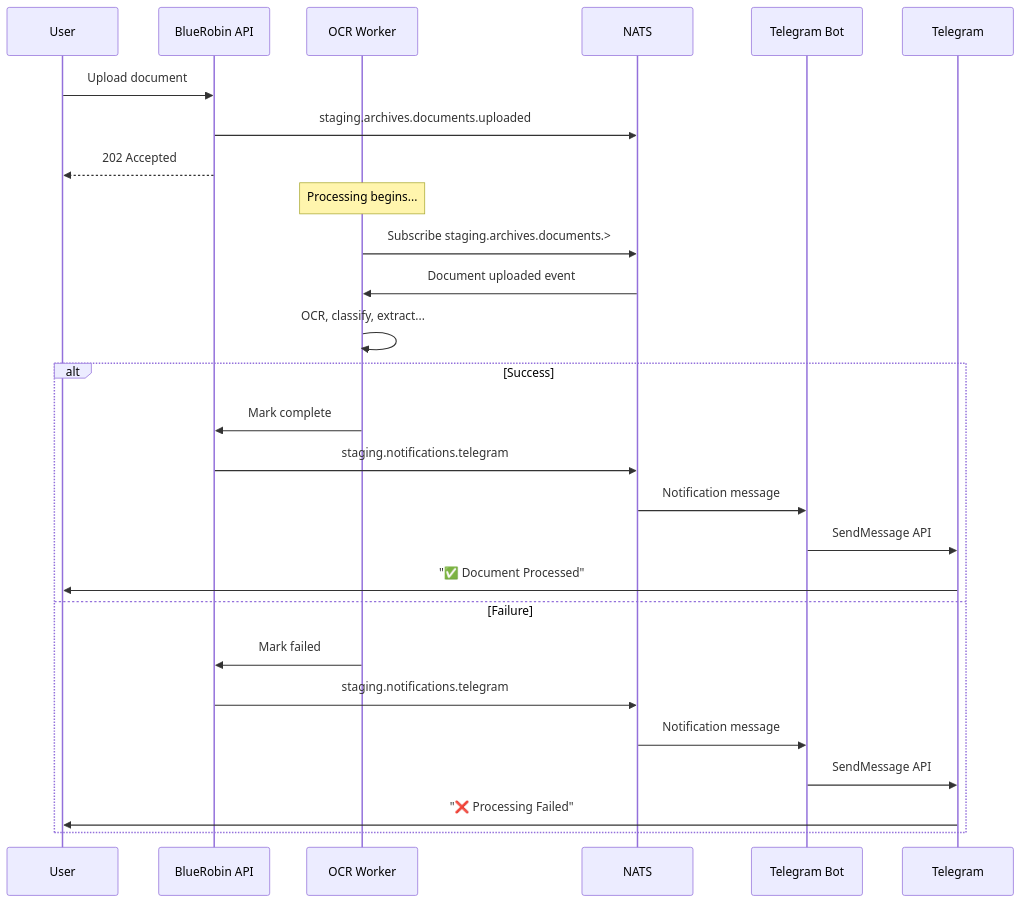
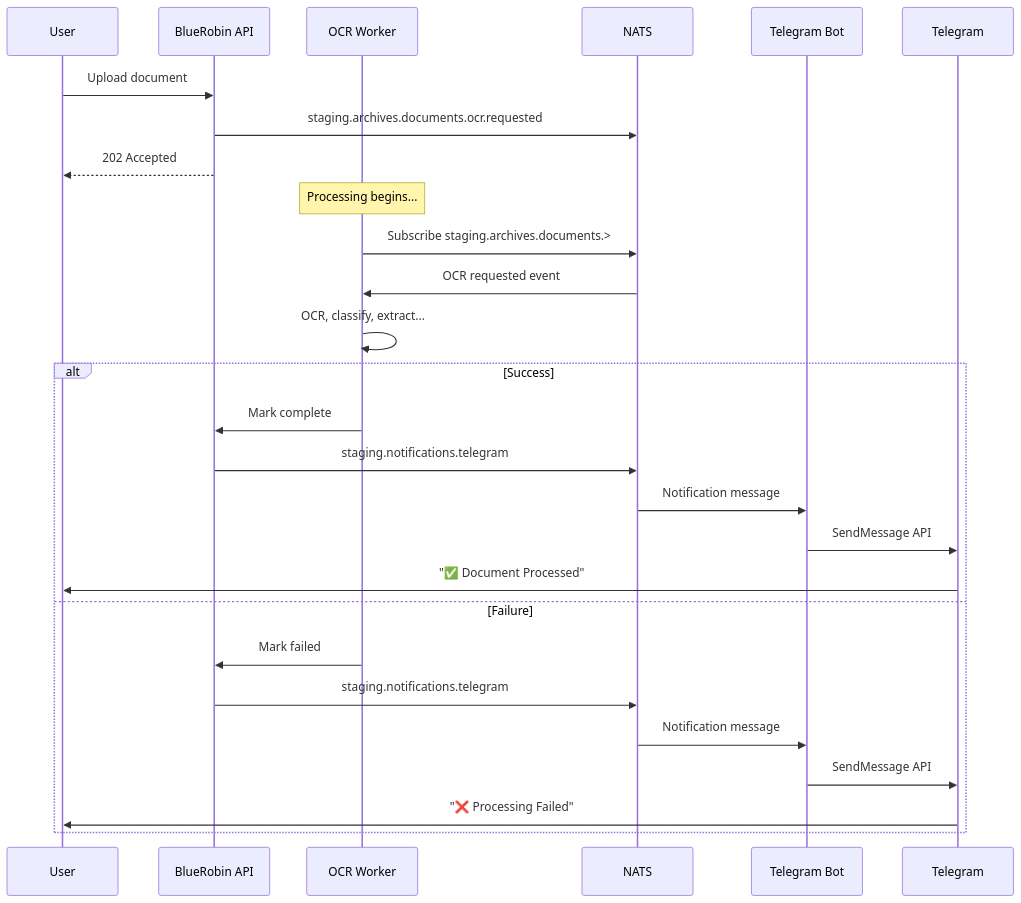
Before and after one commit to viktorrobin/bluerobin-blog: the second of 2 diagrams in src/content/blog/telegram-nats-notification-flow.mdx, drawn with Mermaid. The commit also changed other lines of this file and 8 other files, not shown here.

Commit message:
docs: rename uploaded event references to ocr requested

````diff
--- a/src/content/blog/telegram-nats-notification-flow.mdx
+++ b/src/content/blog/telegram-nats-notification-flow.mdx
@@ -460,32 +460,32 @@
 ```mermaid
 sequenceDiagram
     participant User
     participant API as BlueRobin API
     participant Worker as OCR Worker
     participant NATS
     participant Bot as Telegram Bot
     participant TG as Telegram
     
     User->>API: Upload document
-    API->>NATS: staging.archives.documents.uploaded
+    API->>NATS: staging.archives.documents.ocr.requested
     API-->>User: 202 Accepted
     
     Note over Worker: Processing begins...
     Worker->>NATS: Subscribe staging.archives.documents.>
-    NATS->>Worker: Document uploaded event
+    NATS->>Worker: OCR requested event
     Worker->>Worker: OCR, classify, extract...
     
     alt Success
         Worker->>API: Mark complete
         API->>NATS: staging.notifications.telegram
         NATS->>Bot: Notification message
         Bot->>TG: SendMessage API
         TG->>User: "✅ Document Processed"
     else Failure
         Worker->>API: Mark failed
         API->>NATS: staging.notifications.telegram
         NATS->>Bot: Notification message
         Bot->>TG: SendMessage API
         TG->>User: "❌ Processing Failed"
     end
 ```
````
